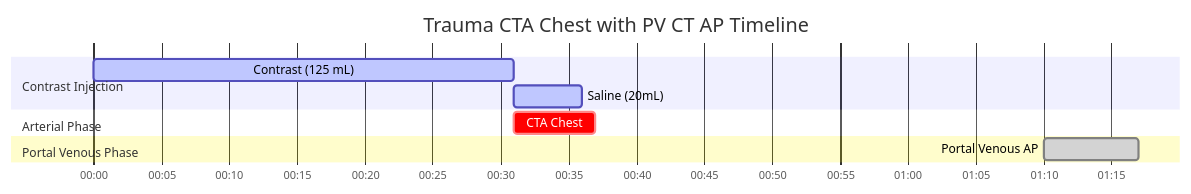
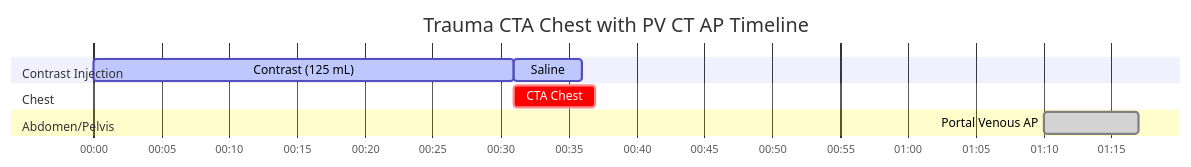
The diagram in docs/ct/trauma/trauma-cta-chest-with-pv-ct-ap.md (dfergs93/radiology-protocols), drawn with Mermaid before and after one commit. The commit also changed other lines of this file and 101 other files, not shown here.

````diff
--- a/docs/ct/trauma/trauma-cta-chest-with-pv-ct-ap.md
+++ b/docs/ct/trauma/trauma-cta-chest-with-pv-ct-ap.md
@@ -85,18 +86,20 @@
   ```mermaid
   ---
+  displayMode: compact
   config:
     theme: default
+    themeCSS: " #Saline{ fill: #4ed5ff; stroke: #2094f3; } "
   ---
     gantt
       title Trauma CTA Chest with PV CT AP Timeline
       dateFormat mm:ss
       axisFormat %M:%S 
       
       section Contrast Injection
       Contrast (125 mL)    :active, contrast, 00:00, 31s
-      Saline (20mL)          :active, saline, after contrast, 5s
-      section Arterial Phase
+      Saline          :active, saline, after contrast, 5s
+      section Chest
       CTA Chest    :crit, scan1, after contrast, 6s
-      section Portal Venous Phase
+      section Abdomen/Pelvis
       Portal Venous AP    :done, scan2, 01:10, 7s
   ```
````
